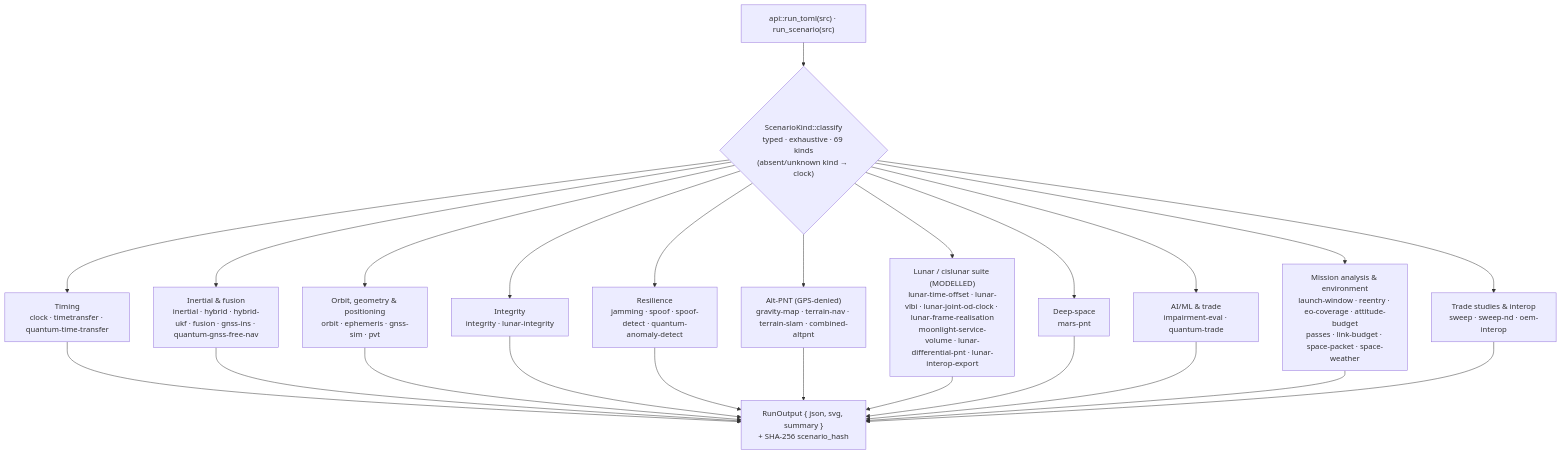
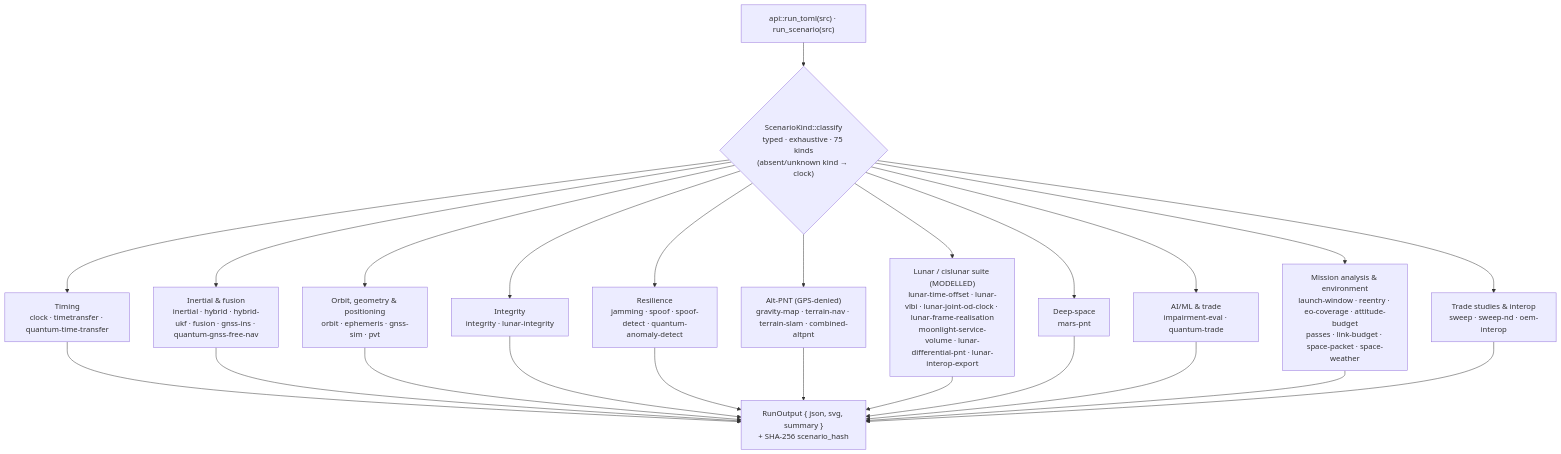
Before and after one commit to ashfordeOU/kshana: the seventh of 11 diagrams in docs/ARCHITECTURE.md, drawn with Mermaid. The commit also changed other lines of this file and 38 other files, not shown here.

````diff
--- a/docs/ARCHITECTURE.md
+++ b/docs/ARCHITECTURE.md
@@ -406,16 +406,16 @@
 ```mermaid
 flowchart TD
-    F["api::run_toml(src) · run_scenario(src)"] --> K{"ScenarioKind::classify<br/>typed · exhaustive · 69 kinds<br/>(absent/unknown kind → clock)"}
+    F["api::run_toml(src) · run_scenario(src)"] --> K{"ScenarioKind::classify<br/>typed · exhaustive · 75 kinds<br/>(absent/unknown kind → clock)"}
     K --> G1["Timing<br/>clock · timetransfer · quantum-time-transfer"]
     K --> G2["Inertial & fusion<br/>inertial · hybrid · hybrid-ukf · fusion · gnss-ins · quantum-gnss-free-nav"]
     K --> G3["Orbit, geometry & positioning<br/>orbit · ephemeris · gnss-sim · pvt"]
     K --> G4["Integrity<br/>integrity · lunar-integrity"]
     K --> G5["Resilience<br/>jamming · spoof · spoof-detect · quantum-anomaly-detect"]
     K --> G6["Alt-PNT (GPS-denied)<br/>gravity-map · terrain-nav · terrain-slam · combined-altpnt"]
     K --> G7["Lunar / cislunar suite (MODELLED)<br/>lunar-time-offset · lunar-vlbi · lunar-joint-od-clock · lunar-frame-realisation<br/>moonlight-service-volume · lunar-differential-pnt · lunar-interop-export"]
     K --> G8["Deep-space<br/>mars-pnt"]
     K --> G9["AI/ML & trade<br/>impairment-eval · quantum-trade"]
     K --> G10["Mission analysis & environment<br/>launch-window · reentry · eo-coverage · attitude-budget<br/>passes · link-budget · space-packet · space-weather"]
     K --> G11["Trade studies & interop<br/>sweep · sweep-nd · oem-interop"]
     G1 & G2 & G3 & G4 & G5 & G6 & G7 & G8 & G9 & G10 & G11 --> W["RunOutput { json, svg, summary }<br/>+ SHA-256 scenario_hash"]
 ```
````
